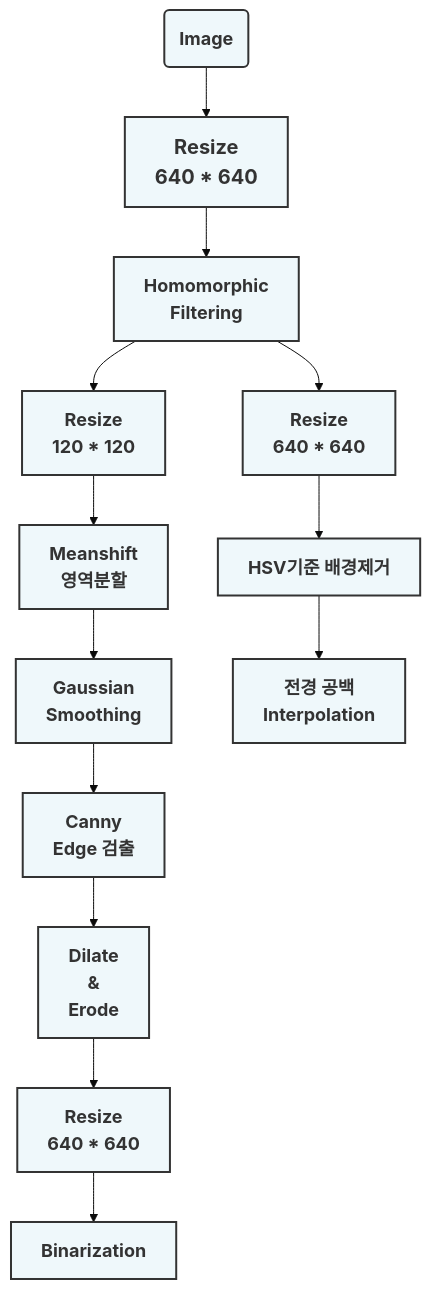
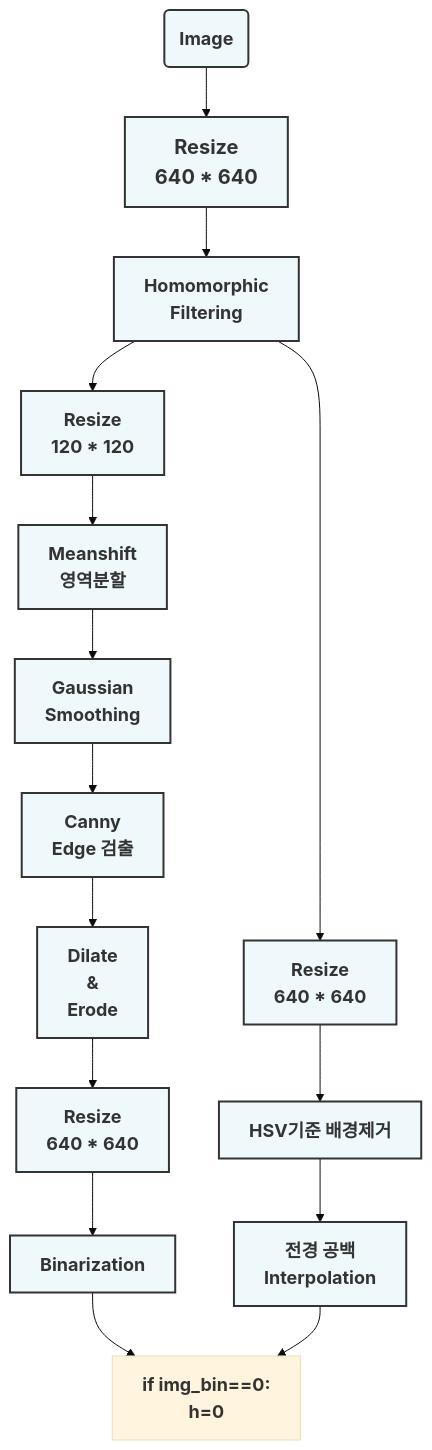
The second of 2 diagrams in Readme.md (201710808/-p), drawn with Mermaid (base theme) before and after one commit.

````diff
--- a/Readme.md
+++ b/Readme.md
@@ -13,32 +13,35 @@
 ```mermaid
 graph
 A(<b><span style='font-size:18px'>Image</span></b>)-->B[<b><span style='font-size:20px'>Resize<br>640 * 640</span></b>]
 B-->C[<b><span style='font-size:18px'>Homomorphic<br>Filtering</span></b>]
 C-->D1[<b><span style='font-size:18px'>Resize<br>120 * 120</span></b>]
 D1-->E1[<b><span style='font-size:18px'>Meanshift<br>영역분할</span></b>]
 E1-->F1[<b><span style='font-size:18px'>Gaussian<br>Smoothing</span></b>]
 F1-->G[<b><span style='font-size:18px'>Canny<br>Edge 검출</span></b>]
 G-->H[<b><span style='font-size:18px'>Dilate<br>&<br>Erode</span></b>]
 H-->I[<b><span style='font-size:18px'>Resize<br>640 * 640</span></b>]
 I-->J[<b><span style='font-size:18px'>Binarization</span></b>]
 
 C-->D2[<b><span style='font-size:18px'>Resize<br>640 * 640</span></b>]
 D2-->E2[<b><span style='font-size:18px'>HSV기준 배경제거</span></b>]
 E2-->F2[<b><span style='font-size:18px'>전경 공백<br>Interpolation</span></b>]
+
+J-->K
+F2-->K[<b><span style='font-size:18px'>if img_bin==0:<br>h=0</span></b>]
 
 
 style A fill:#EFF8FB ,stroke:#333,stroke-width:2px
 style B fill:#EFF8FB ,stroke:#333,stroke-width:2px
 style C fill:#EFF8FB ,stroke:#333,stroke-width:2px
 style D1 fill:#EFF8FB ,stroke:#333,stroke-width:2px
 style E1 fill:#EFF8FB ,stroke:#333,stroke-width:2px
 style F1 fill:#EFF8FB ,stroke:#333,stroke-width:2px
 style G fill:#EFF8FB ,stroke:#333,stroke-width:2px
 style H fill:#EFF8FB ,stroke:#333,stroke-width:2px
 style I fill:#EFF8FB ,stroke:#333,stroke-width:2px
 style J fill:#EFF8FB ,stroke:#333,stroke-width:2px
 
 style D2 fill:#EFF8FB ,stroke:#333,stroke-width:2px
 style E2 fill:#EFF8FB ,stroke:#333,stroke-width:2px
 style F2 fill:#EFF8FB ,stroke:#333,stroke-width:2px
 ```
````
